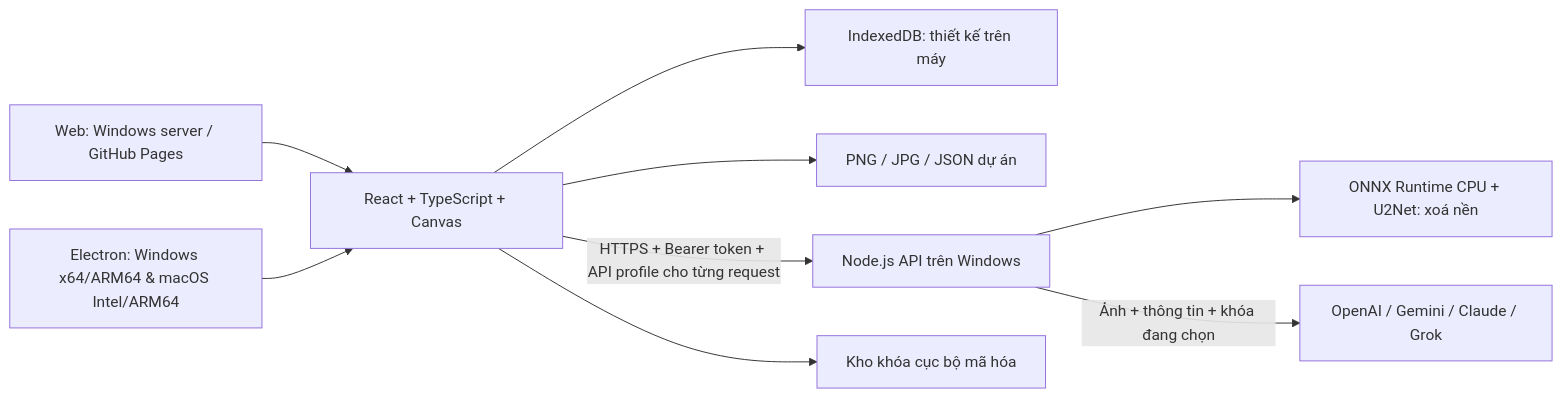
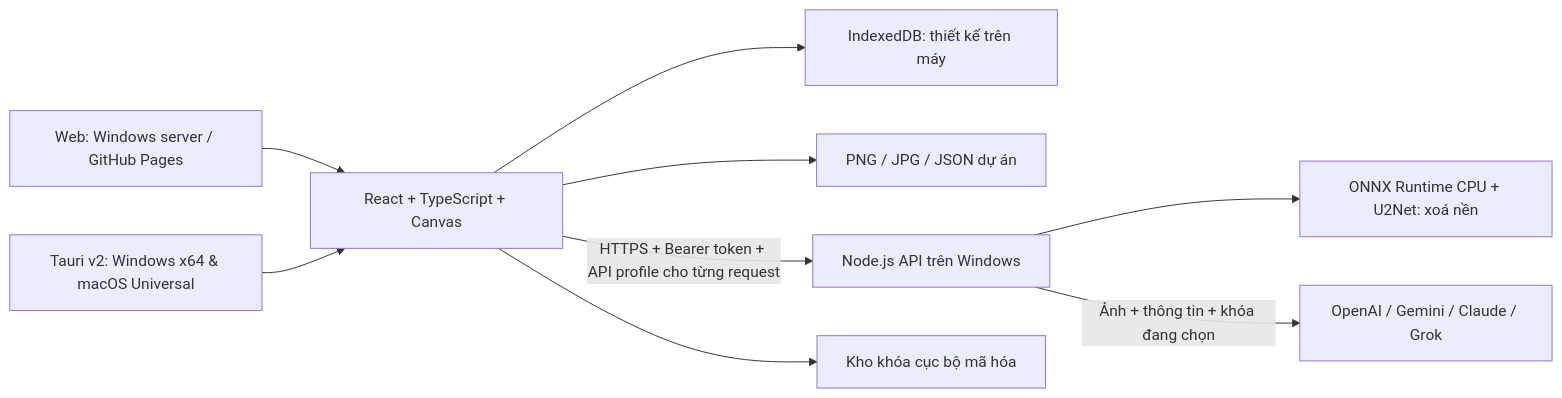
The diagram in docs/ARCHITECTURE.md (trancaodai1651/DTApp), drawn with Mermaid before and after one commit. The commit also changed other lines of this file and 100 other files, not shown here.

````diff
--- a/docs/ARCHITECTURE.md
+++ b/docs/ARCHITECTURE.md
@@ -5,11 +5,11 @@
 ```mermaid
 flowchart LR
     Web[Web: Windows server / GitHub Pages] --> UI[React + TypeScript + Canvas]
-    Desktop[Electron: Windows x64/ARM64 & macOS Intel/ARM64] --> UI
+    Desktop[Tauri v2: Windows x64 & macOS Universal] --> UI
     UI --> Local[IndexedDB: thiết kế trên máy]
     UI --> Export[PNG / JPG / JSON dự án]
     UI -->|HTTPS + Bearer token + API profile cho từng request| API[Node.js API trên Windows]
     API --> BG[ONNX Runtime CPU + U2Net: xoá nền]
     API -->|Ảnh + thông tin + khóa đang chọn| Vision[OpenAI / Gemini / Claude / Grok]
     UI --> Vault[Kho khóa cục bộ mã hóa]
 ```
````
